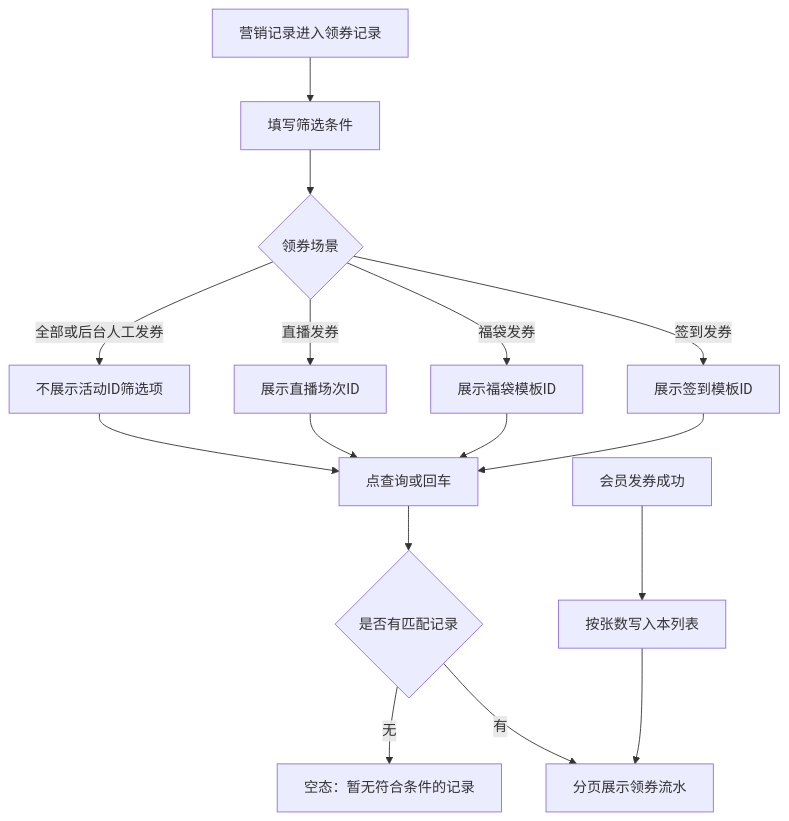
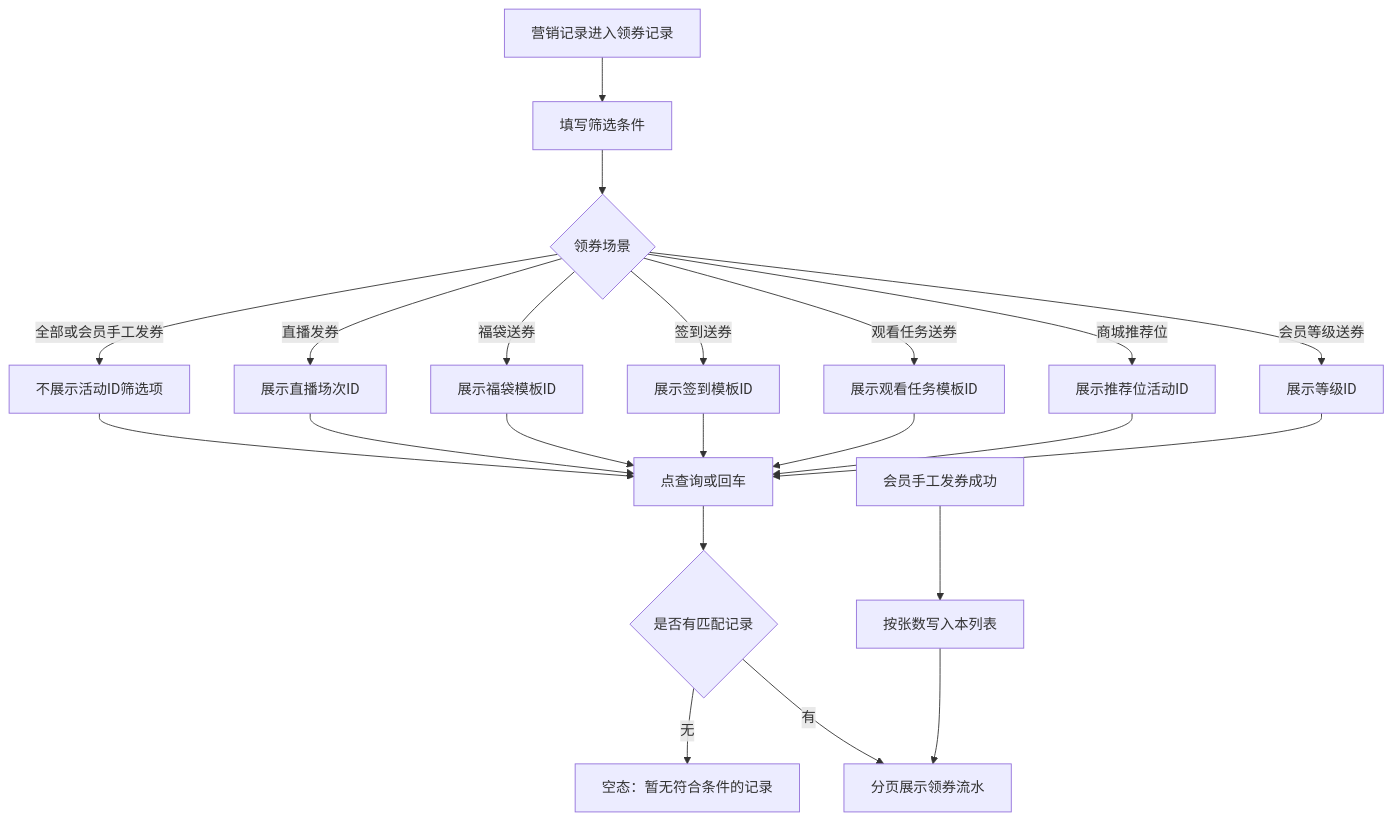
Before and after one commit to 342-droid/LFerp: the second of 10 diagrams in prototype-prd/23-会员发券以及优惠券增加审核.md, drawn with Mermaid. The commit also changed other lines of this file and 15 other files, not shown here.

````diff
--- a/prototype-prd/23-会员发券以及优惠券增加审核.md
+++ b/prototype-prd/23-会员发券以及优惠券增加审核.md
@@ -136,18 +138,24 @@
 ```mermaid
 flowchart TD
   A[营销记录进入领券记录] --> B[填写筛选条件]
   B --> C{领券场景}
-  C -->|全部或后台人工发券| D[不展示活动ID筛选项]
+  C -->|全部或会员手工发券| D[不展示活动ID筛选项]
   C -->|直播发券| E[展示直播场次ID]
-  C -->|福袋发券| F[展示福袋模板ID]
-  C -->|签到发券| G[展示签到模板ID]
+  C -->|福袋送券| F[展示福袋模板ID]
+  C -->|签到送券| G[展示签到模板ID]
+  C -->|观看任务送券| W[展示观看任务模板ID]
+  C -->|商城推荐位| M[展示推荐位活动ID]
+  C -->|会员等级送券| L2[展示等级ID]
   D --> H[点查询或回车]
   E --> H
   F --> H
   G --> H
+  W --> H
+  M --> H
+  L2 --> H
   H --> I{是否有匹配记录}
   I -->|无| J[空态：暂无符合条件的记录]
   I -->|有| K[分页展示领券流水]
-  L[会员发券成功] --> M[按张数写入本列表]
-  M --> K
+  L[会员手工发券成功] --> N[按张数写入本列表]
+  N --> K
 ```
````
